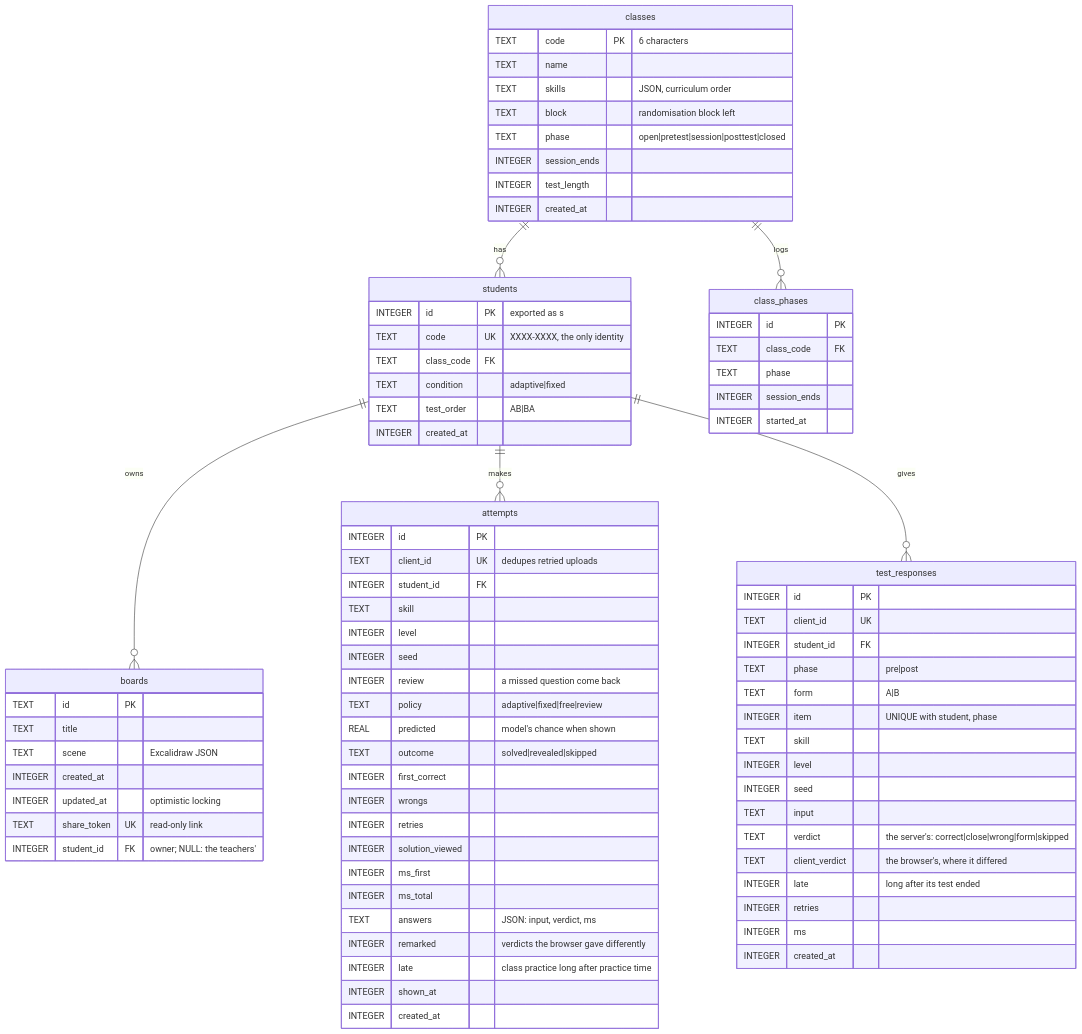
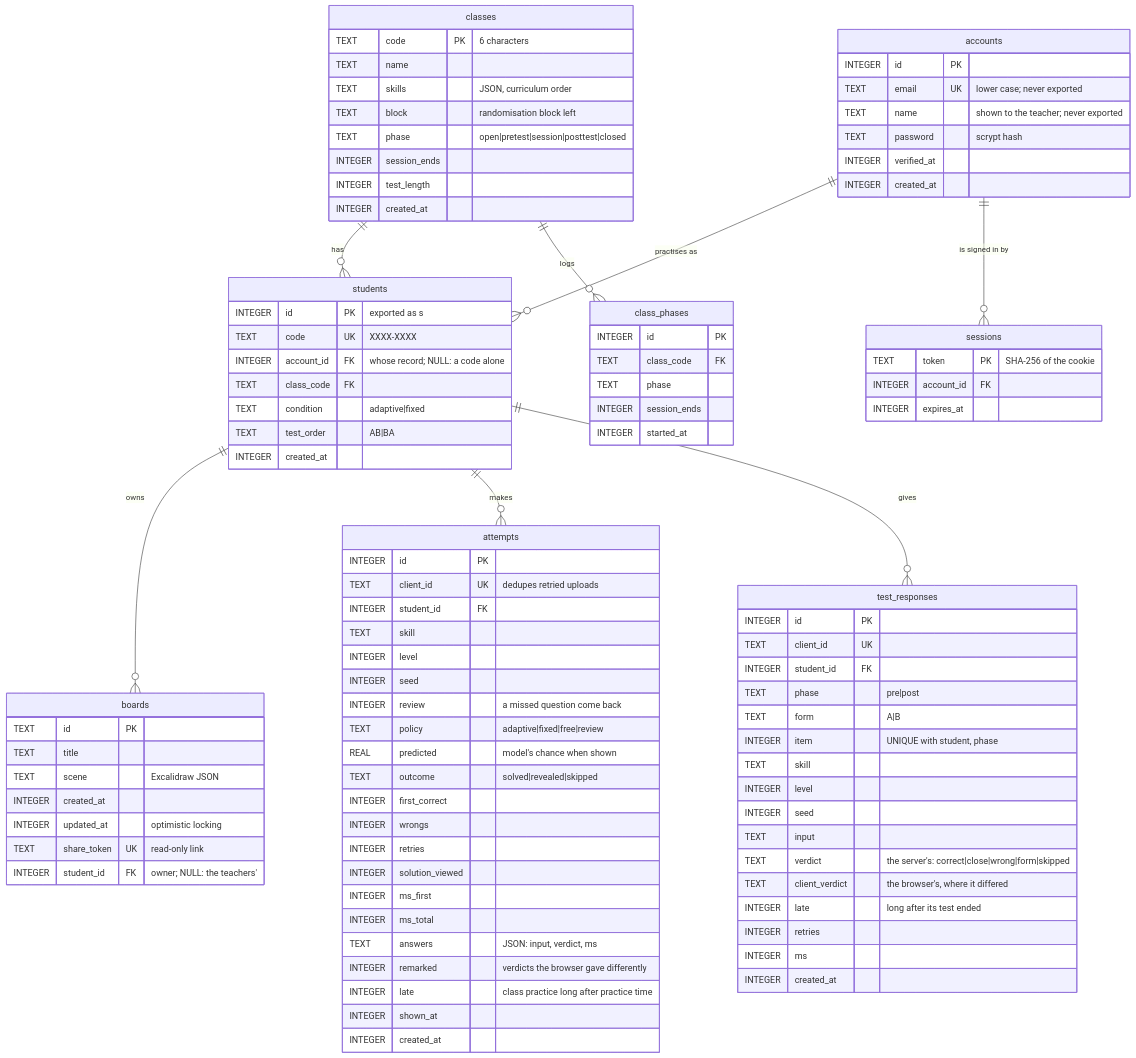
Before and after one commit to DavidTbilisi/zeno-math: the third of 5 diagrams in docs/architecture.md, drawn with Mermaid. The commit also changed other lines of this file and 38 other files, not shown here.

First line of the commit message:
Classes with accounts: join signed in, names on the teacher page (#606)

```diff
--- a/docs/architecture.md
+++ b/docs/architecture.md
@@ -104,11 +105,27 @@
     INTEGER test_length
     INTEGER created_at
   }
+  accounts ||--o{ students : "practises as"
+  accounts ||--o{ sessions : "is signed in by"
+  accounts {
+    INTEGER id PK
+    TEXT email UK "lower case; never exported"
+    TEXT name "shown to the teacher; never exported"
+    TEXT password "scrypt hash"
+    INTEGER verified_at
+    INTEGER created_at
+  }
+  sessions {
+    TEXT token PK "SHA-256 of the cookie"
+    INTEGER account_id FK
+    INTEGER expires_at
+  }
   students ||--o{ attempts : makes
   students ||--o{ test_responses : gives
   students {
     INTEGER id PK "exported as s<id>"
-    TEXT code UK "XXXX-XXXX, the only identity"
+    TEXT code UK "XXXX-XXXX"
+    INTEGER account_id FK "whose record; NULL: a code alone"
     TEXT class_code FK
     TEXT condition "adaptive|fixed"
     TEXT test_order "AB|BA"
```
